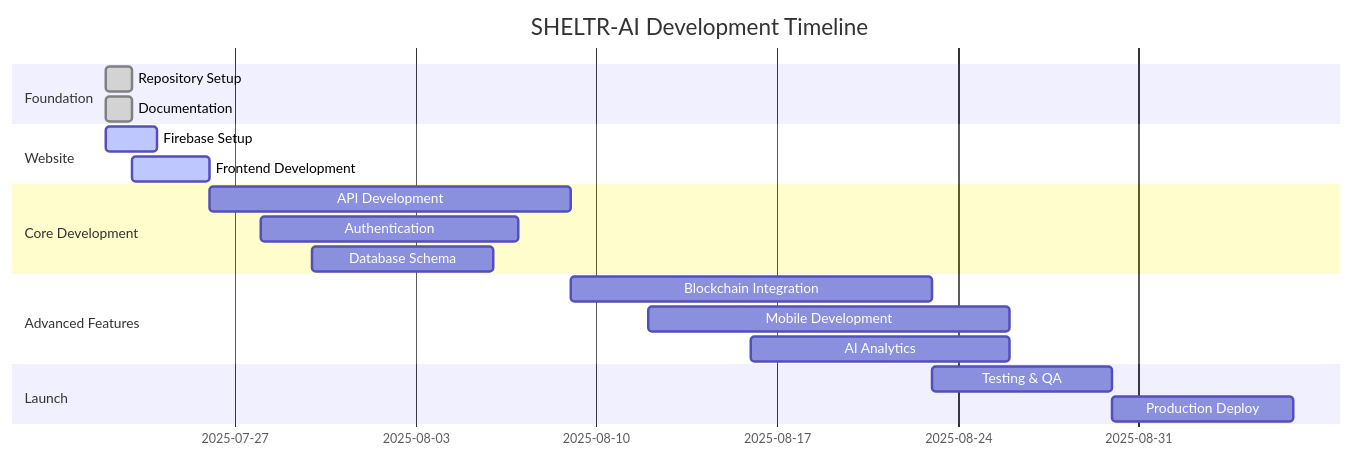
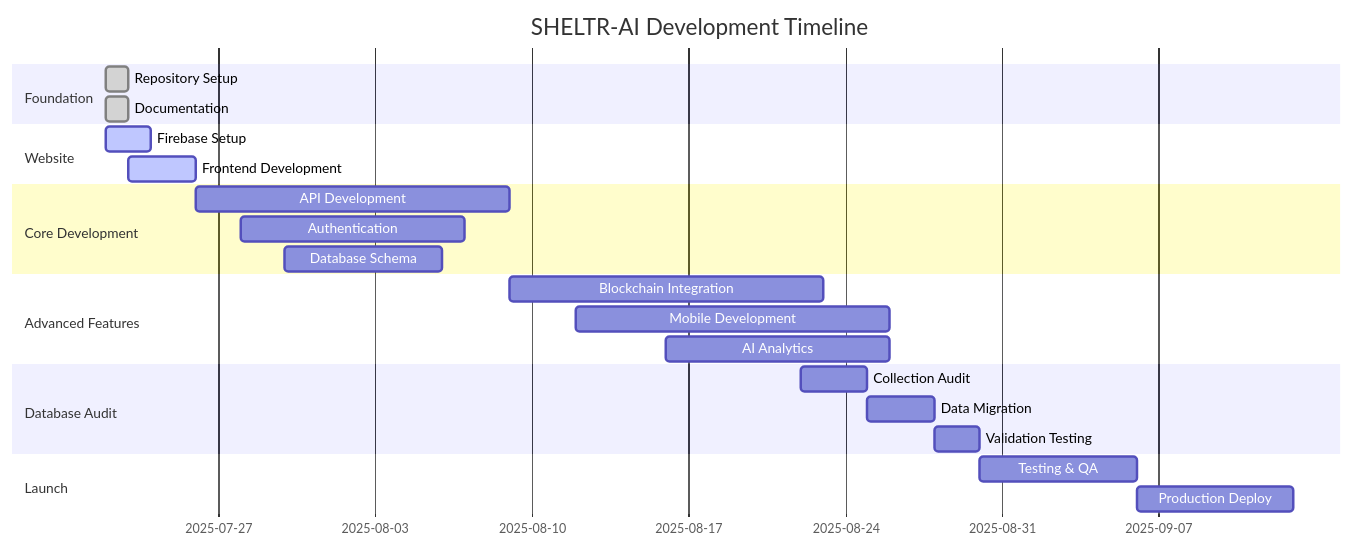
Before and after one commit to mrj0nesmtl/sheltr-ai: the first of 2 diagrams in docs/04-development/dev-roadmap.md, drawn with Mermaid. The commit also changed other lines of this file and 14 other files, not shown here.

````diff
--- a/docs/04-development/dev-roadmap.md
+++ b/docs/04-development/dev-roadmap.md
@@ -26,22 +27,26 @@
 ```mermaid
 gantt
     title SHELTR-AI Development Timeline
     dateFormat  YYYY-MM-DD
     section Foundation
     Repository Setup     :done, 2025-07-22, 1d
     Documentation       :done, 2025-07-22, 1d
     section Website
     Firebase Setup      :active, 2025-07-22, 2d
     Frontend Development :active, 2025-07-23, 3d
     section Core Development
     API Development     :2025-07-26, 14d
     Authentication      :2025-07-28, 10d
     Database Schema     :2025-07-30, 7d
     section Advanced Features
     Blockchain Integration :2025-08-09, 14d
     Mobile Development  :2025-08-12, 14d
     AI Analytics       :2025-08-16, 10d
+    section Database Audit
+    Collection Audit    :2025-08-22, 3d
+    Data Migration      :2025-08-25, 3d
+    Validation Testing  :2025-08-28, 2d
     section Launch
-    Testing & QA       :2025-08-23, 7d
-    Production Deploy  :2025-08-30, 7d
+    Testing & QA       :2025-08-30, 7d
+    Production Deploy  :2025-09-06, 7d
 ```
````
